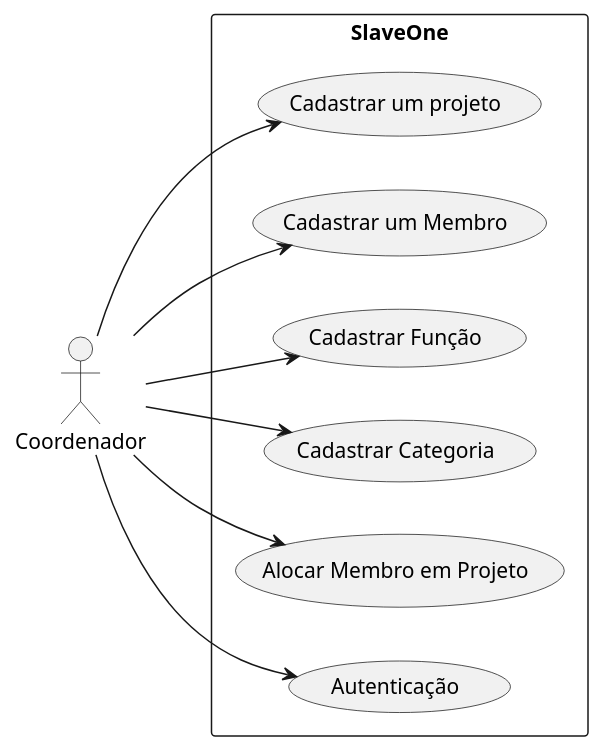
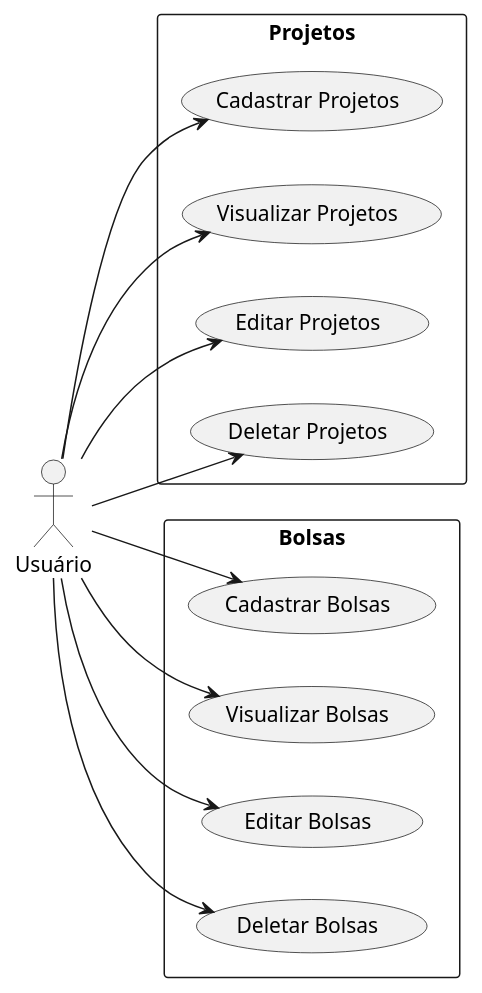
One commit to sofialctv/coLAB changed the diagram in diagramas/diagrama-casos-de-uso.plantuml. Above: the diagram before and after it, drawn with PlantUML. The commit also changed 8 other files, not shown here.

Commit message:
docs: atualizando diagramas

```diff
--- a/diagramas/diagrama-casos-de-uso.plantuml
+++ b/diagramas/diagrama-casos-de-uso.plantuml
@@ -1,20 +1,30 @@
 @startuml
 
 left to right direction
-actor "Coordenador" as c
-rectangle SlaveOne {
-  usecase "Cadastrar um projeto" as UC1
-  usecase "Cadastrar um Membro" as UC2
-  usecase "Cadastrar Função" as UC3
-  usecase "Cadastrar Categoria" as UC4
-  usecase "Alocar Membro em Projeto" as UC5
-  usecase "Autenticação" as UC6
+actor "Usuário" as c
+rectangle Projetos {
+  usecase "Cadastrar Projetos" as UC1
+  usecase "Visualizar Projetos" as UC2
+  usecase "Editar Projetos" as UC3
+  usecase "Deletar Projetos" as UC4
 }
+
+left to right direction
+actor "Usuário" as c
+rectangle Bolsas {
+  usecase "Cadastrar Bolsas" as UC5
+  usecase "Visualizar Bolsas" as UC6
+  usecase "Editar Bolsas" as UC7
+  usecase "Deletar Bolsas" as UC8
+  }
+
 c --> UC1
 c --> UC2
 c --> UC3
 c --> UC4
 c --> UC5
 c --> UC6
+c --> UC7
+c --> UC8
 
 @enduml
```
